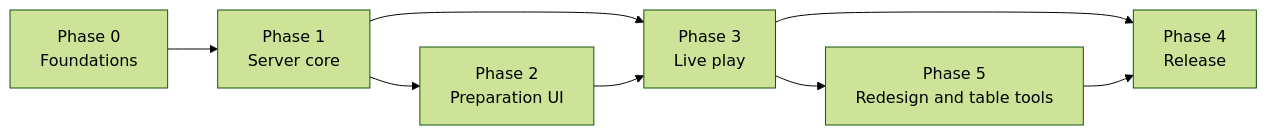
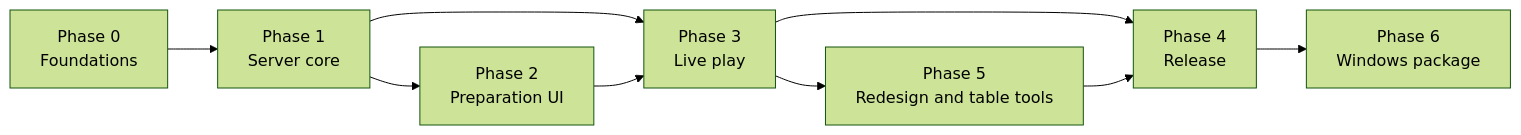
Before and after one commit to giorgosroussos/dnd-vtt: the diagram in specs/13-implementation-plan.md, drawn with Mermaid (forest theme). The commit also changed other lines of this file and 13 other files, not shown here.

````diff
--- a/specs/13-implementation-plan.md
+++ b/specs/13-implementation-plan.md
@@ -11,10 +11,11 @@
 ```mermaid
 flowchart LR
   P0["Phase 0<br/>Foundations"] --> P1["Phase 1<br/>Server core"]
   P1 --> P2["Phase 2<br/>Preparation UI"]
   P1 --> P3["Phase 3<br/>Live play"]
   P2 --> P3
   P3 --> P4["Phase 4<br/>Release"]
   P3 --> P5["Phase 5<br/>Redesign and table tools"]
   P5 --> P4
+  P4 --> P6["Phase 6<br/>Windows package"]
 ```
````
